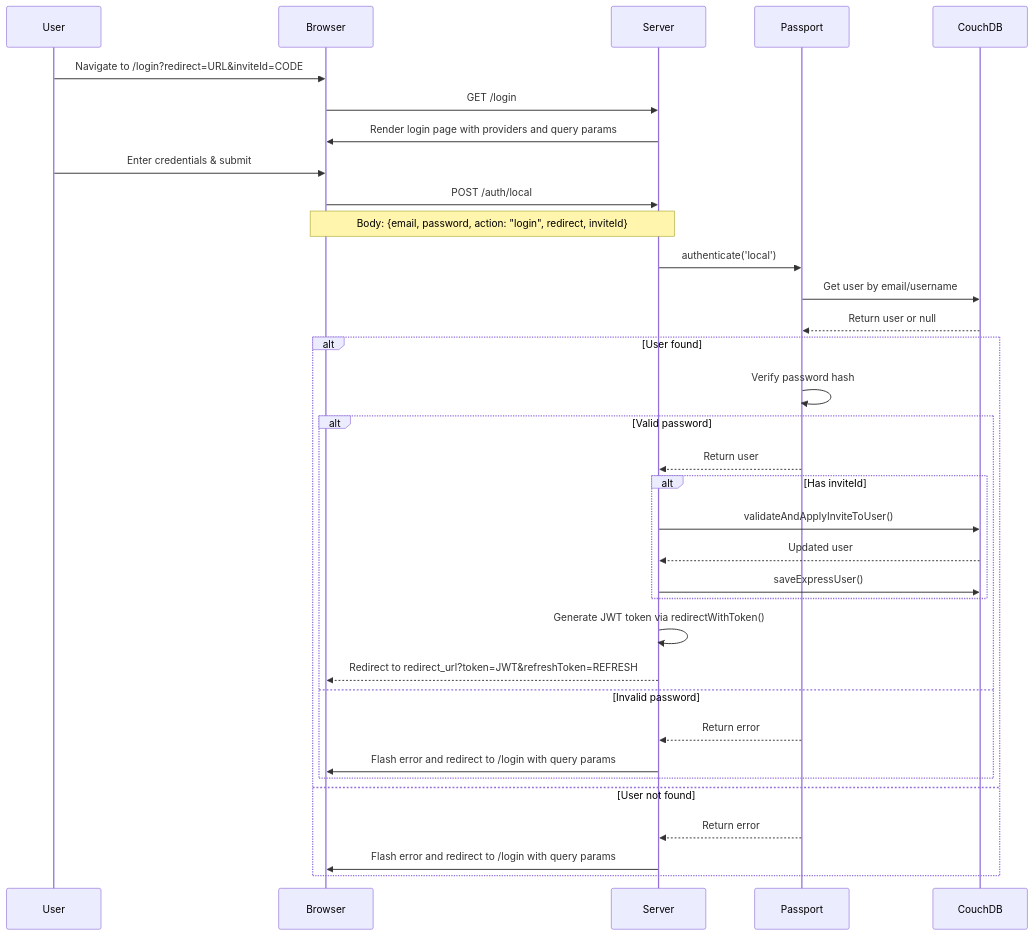
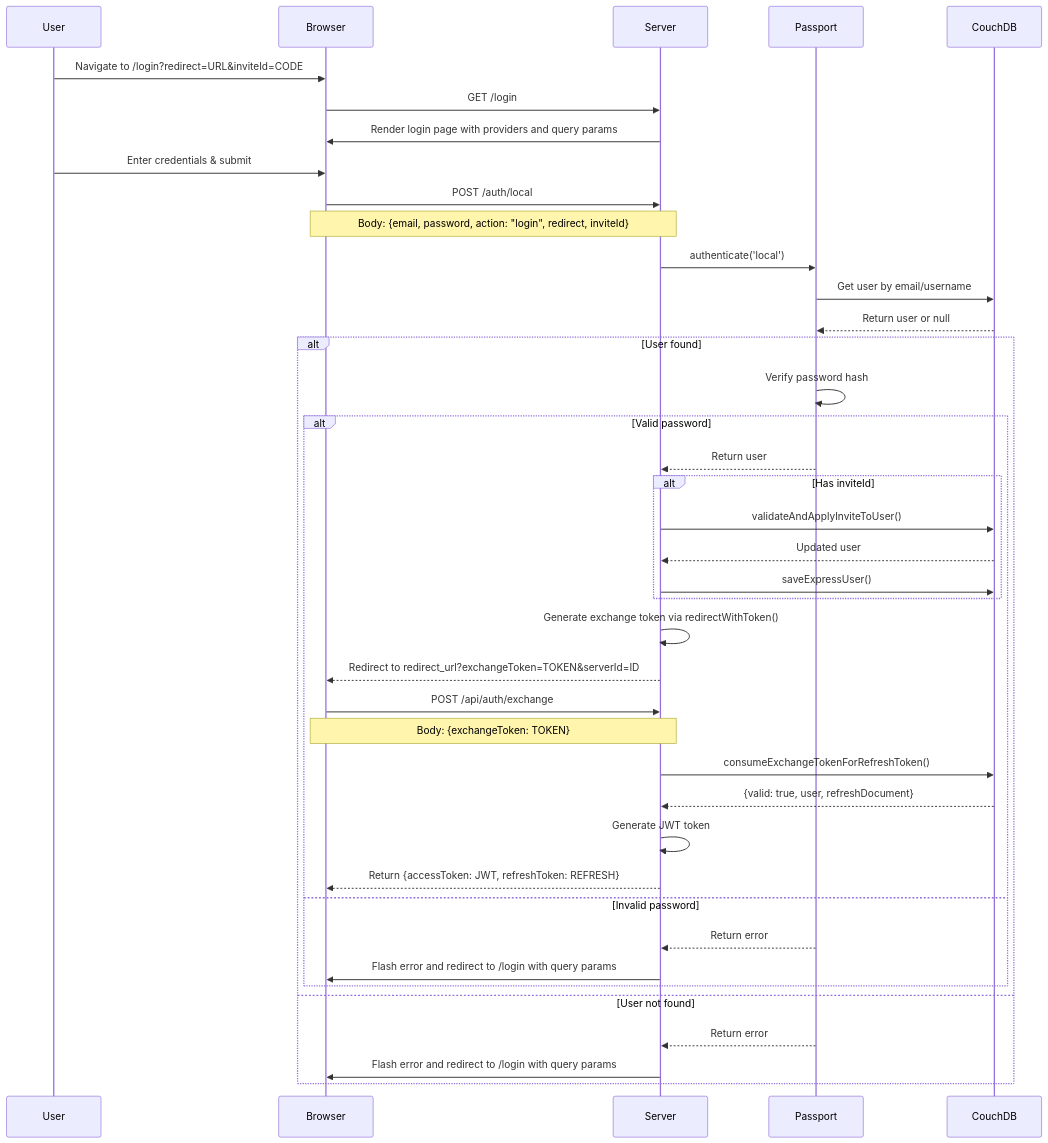
Before and after one commit to FAIMS/FAIMS3: the second of 5 diagrams in docs/developer/docs/source/markdown/Authorisation/PassportAuth.md, drawn with Mermaid. The commit also changed other lines of this file and 2 other files, not shown here.

````diff
--- a/docs/developer/docs/source/markdown/Authorisation/PassportAuth.md
+++ b/docs/developer/docs/source/markdown/Authorisation/PassportAuth.md
@@ -37,42 +70,51 @@
 ```mermaid
 sequenceDiagram
     participant User
     participant Browser
     participant Server
     participant Passport
     participant CouchDB
 
     User->>Browser: Navigate to /login?redirect=URL&inviteId=CODE
     Browser->>Server: GET /login
     Server->>Browser: Render login page with providers and query params
 
     User->>Browser: Enter credentials & submit
     Browser->>Server: POST /auth/local
     Note over Browser,Server: Body: {email, password, action: "login", redirect, inviteId}
 
     Server->>Passport: authenticate('local')
     Passport->>CouchDB: Get user by email/username
     CouchDB-->>Passport: Return user or null
 
     alt User found
         Passport->>Passport: Verify password hash
         alt Valid password
             Passport-->>Server: Return user
 
             alt Has inviteId
                 Server->>CouchDB: validateAndApplyInviteToUser()
                 CouchDB-->>Server: Updated user
                 Server->>CouchDB: saveExpressUser()
             end
 
-            Server->>Server: Generate JWT token via redirectWithToken()
-            Server-->>Browser: Redirect to redirect_url?token=JWT&refreshToken=REFRESH
+            Server->>Server: Generate exchange token via redirectWithToken()
+            Server-->>Browser: Redirect to redirect_url?exchangeToken=TOKEN&serverId=ID
+
+            Browser->>Server: POST /api/auth/exchange
+            Note over Browser,Server: Body: {exchangeToken: TOKEN}
+
+            Server->>CouchDB: consumeExchangeTokenForRefreshToken()
+            CouchDB-->>Server: {valid: true, user, refreshDocument}
+
+            Server->>Server: Generate JWT token
+            Server-->>Browser: Return {accessToken: JWT, refreshToken: REFRESH}
         else Invalid password
             Passport-->>Server: Return error
             Server->>Browser: Flash error and redirect to /login with query params
         end
     else User not found
         Passport-->>Server: Return error
         Server->>Browser: Flash error and redirect to /login with query params
     end
 ```
````
